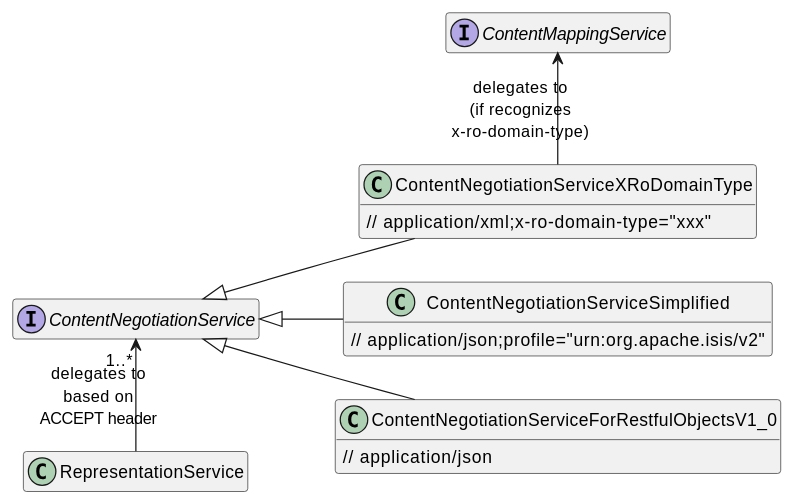
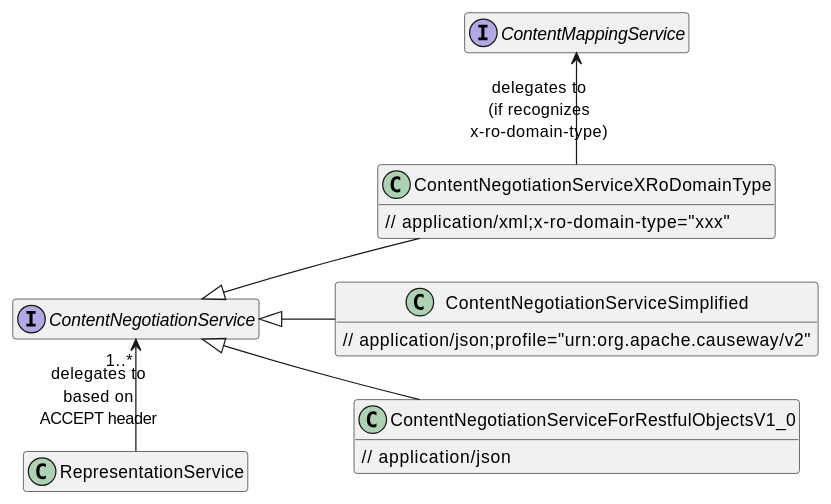
Before and after one commit to apache/causeway: the diagram in viewers/restfulobjects/adoc/modules/ROOT/pages/content-negotiation.adoc, drawn with PlantUML. The commit also changed other lines of this file and 224 other files, not shown here.

Commit message:
ISIS-3260: renames 'isis' -> 'causeway' in all .adoc files (except relnotes, mignotes)

```diff
--- a/viewers/restfulobjects/adoc/modules/ROOT/pages/content-negotiation.adoc
+++ b/viewers/restfulobjects/adoc/modules/ROOT/pages/content-negotiation.adoc
@@ -67,28 +67,28 @@
 [plantuml]
 ----
 hide empty members
 left to right direction
 'skinparam linetype ortho
 
 class RepresentationService {}
 
 interface ContentNegotiationService {
 }
 class ContentNegotiationServiceSimplified {
-    // application/json;profile="urn:org.apache.isis/v2"
+    // application/json;profile="urn:org.apache.causeway/v2"
 }
 class ContentNegotiationServiceXRoDomainType {
     // application/xml;x-ro-domain-type="xxx"
 }
 class ContentNegotiationServiceForRestfulObjectsV1_0 {
     // application/json
 }
 interface ContentMappingService {}
 
 ContentNegotiationServiceXRoDomainType -l-> ContentMappingService : "delegates to\n(if recognizes\nx-ro-domain-type)"
 ContentNegotiationService ^-d- ContentNegotiationServiceForRestfulObjectsV1_0
 ContentNegotiationService ^-d- ContentNegotiationServiceXRoDomainType
 ContentNegotiationService ^-d- ContentNegotiationServiceSimplified
 
 RepresentationService -l-> "1..*" ContentNegotiationService : delegates to\nbased on\nACCEPT header
 ----
```
